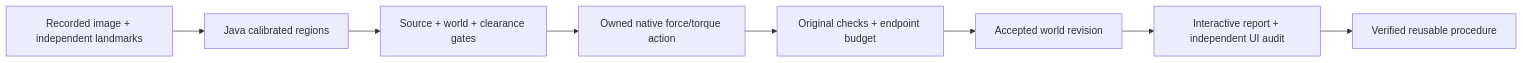
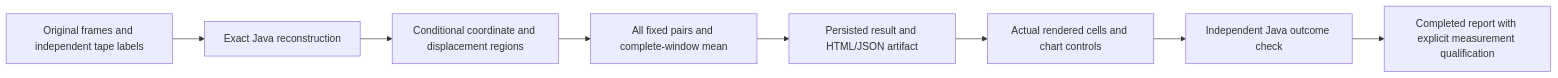
The diagram in README.md (eyeoverthink/Fraynix-Agent-Workspace), drawn with Mermaid before and after one commit. The commit also changed other lines of this file and 86 other files, not shown here.

Commit message:
Document edition 160 independent recorded motion checks

````diff
--- a/README.md
+++ b/README.md
@@ -106,10 +108,10 @@
 ```mermaid
 flowchart LR
-  A[Recorded image + independent landmarks] --> B[Java calibrated regions]
-  B --> C[Source + world + clearance gates]
-  C --> D[Owned native force/torque action]
-  D --> E[Original checks + endpoint budget]
-  E --> F[Accepted world revision]
-  F --> G[Interactive report + independent UI audit]
-  G --> H[Verified reusable procedure]
+  A[Original frames and independent tape labels] --> B[Exact Java reconstruction]
+  B --> C[Conditional coordinate and displacement regions]
+  C --> D[All fixed pairs and complete-window mean]
+  D --> E[Persisted result and HTML/JSON artifact]
+  E --> F[Actual rendered cells and chart controls]
+  F --> G[Independent Java outcome check]
+  G --> H[Completed report with explicit measurement qualification]
 ```
````
